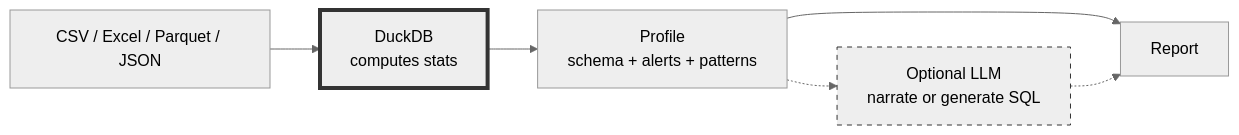
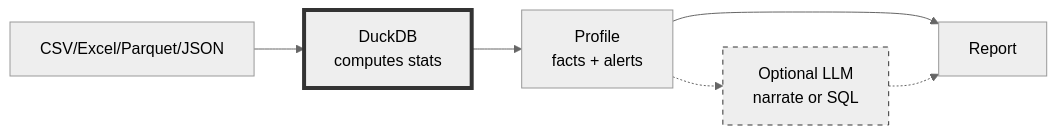
The diagram in Mostlylucid/Markdown/datasummarizer-how-it-works.md (Shaddix/mostlylucidweb), drawn with Mermaid (neutral theme) before and after one commit. The commit also changed other lines of this file and 1 other file, not shown here.

````diff
--- a/Mostlylucid/Markdown/datasummarizer-how-it-works.md
+++ b/Mostlylucid/Markdown/datasummarizer-how-it-works.md
@@ -51,11 +222,11 @@
 ```mermaid
 flowchart LR
-    F[CSV / Excel / Parquet / JSON] --> D[DuckDB<br/>computes stats]
-    D --> P[Profile<br/>schema + alerts + patterns]
+    F[CSV/Excel/Parquet/JSON] --> D[DuckDB<br/>computes stats]
+    D --> P[Profile<br/>facts + alerts]
     P --> R[Report]
-    P -.-> L["Optional LLM<br/>narrate or generate SQL"]
+    P -.-> L[Optional LLM<br/>narrate or SQL]
     L -.-> R
 
     style D stroke:#333,stroke-width:4px
     style L stroke:#333,stroke-dasharray: 5 5
 ```
````
